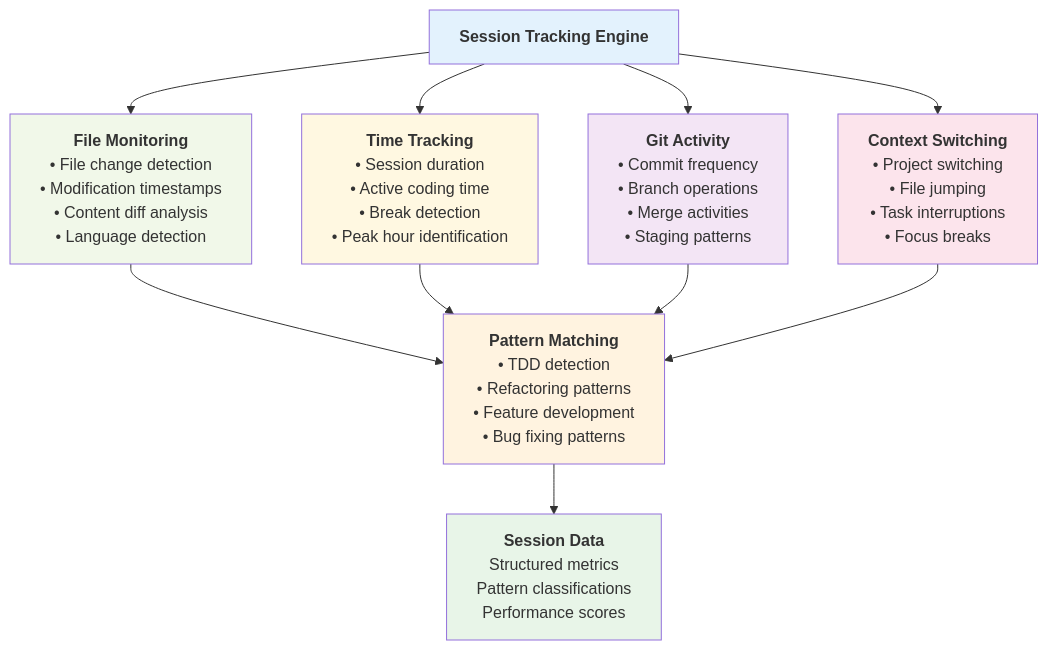
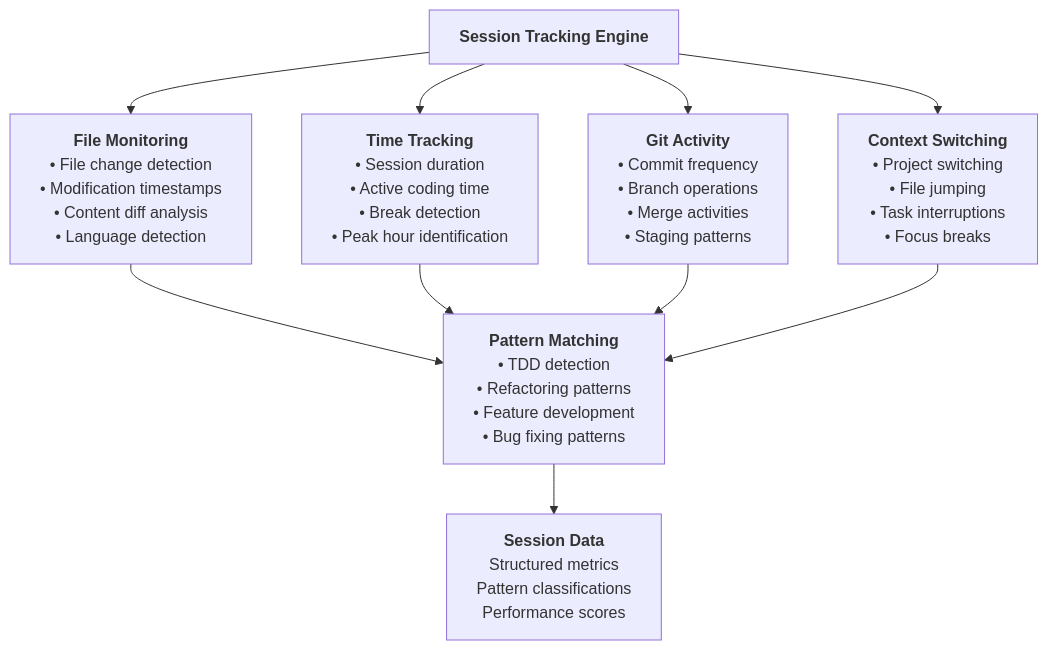
Before and after one commit to geogoesbeepboop/mastro: the second of 9 diagrams in docs/diagrams/mastro-analytics-flow.md, drawn with Mermaid. The commit also changed other lines of this file and 5 other files, not shown here.

First line of the commit message:
docs: update analytics and flow diagrams for clarity

````diff
--- a/docs/diagrams/mastro-analytics-flow.md
+++ b/docs/diagrams/mastro-analytics-flow.md
@@ -98,49 +100,51 @@
 ```mermaid
+
 graph TB
     STE["`**Session Tracking Engine**`"] --> FM["`**File Monitoring**
     • File change detection
     • Modification timestamps
     • Content diff analysis
     • Language detection`"]
     
     STE --> TT["`**Time Tracking**
     • Session duration
     • Active coding time
     • Break detection
     • Peak hour identification`"]
     
     STE --> GA["`**Git Activity**
     • Commit frequency
     • Branch operations
     • Merge activities
     • Staging patterns`"]
     
     STE --> CS["`**Context Switching**
     • Project switching
     • File jumping
     • Task interruptions
     • Focus breaks`"]
     
     FM --> PM["`**Pattern Matching**
     • TDD detection
     • Refactoring patterns
     • Feature development
     • Bug fixing patterns`"]
     
     TT --> PM
     GA --> PM
     CS --> PM
     
     PM --> SD["`**Session Data**
     Structured metrics
     Pattern classifications
     Performance scores`"]
 
-    style STE fill:#e3f2fd
-    style FM fill:#f1f8e9
-    style TT fill:#fff8e1
-    style GA fill:#f3e5f5
-    style CS fill:#fce4ec
-    style PM fill:#fff3e0
-    style SD fill:#e8f5e8
+    style STE fill:#e3f2fd color:#000000
+    style FM fill:#f1f8e9 color:#000000
+    style TT fill:#fff8e1 color:#000000
+    style GA fill:#f3e5f5 color:#000000
+    style CS fill:#fce4ec color:#000000
+    style PM fill:#fff3e0 color:#000000
+    style SD fill:#e8f5e8 color:#000000
+
 ```
````
